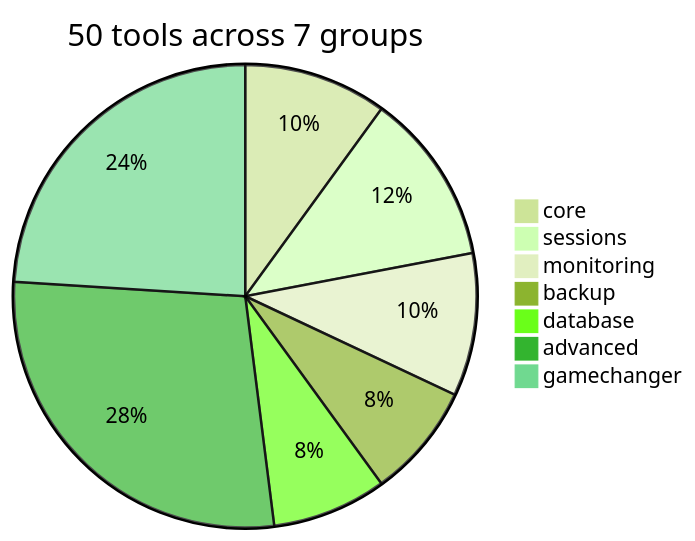
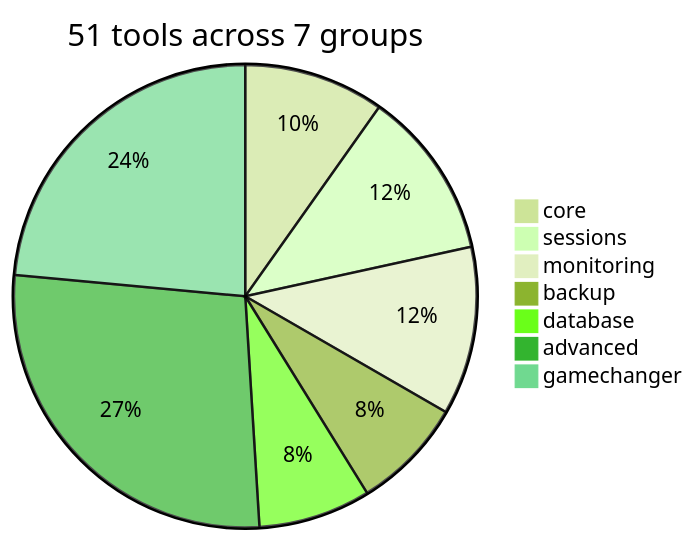
The second of 2 diagrams in wiki/Home.md (hunchom/claude-code-ssh), drawn with Mermaid (forest theme) before and after one commit. The commit also changed other lines of this file and 16 other files, not shown here.

````diff
--- a/wiki/Home.md
+++ b/wiki/Home.md
@@ -48,10 +48,10 @@
 ```mermaid
-pie title 50 tools across 7 groups
+pie title 51 tools across 7 groups
   "core" : 5
   "sessions" : 6
-  "monitoring" : 5
+  "monitoring" : 6
   "backup" : 4
   "database" : 4
   "advanced" : 14
   "gamechanger" : 12
 ```
````
